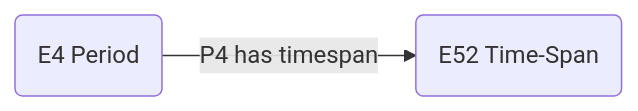
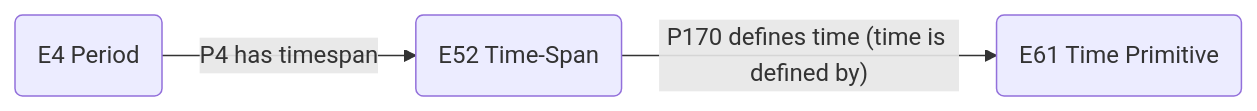
Before and after one commit to archaeochrono/caa23: the first of 2 diagrams in README.md, drawn with Mermaid.

Commit message:
cidoc-crm

````diff
--- a/README.md
+++ b/README.md
@@ -6,4 +6,5 @@
 ```mermaid
 flowchart LR
     A(E4 Period) --P4 has timespan--> B(E52 Time-Span);
+    B --P170 defines time (time is defined by)--> C(E61 Time Primitive);
 ```
````
